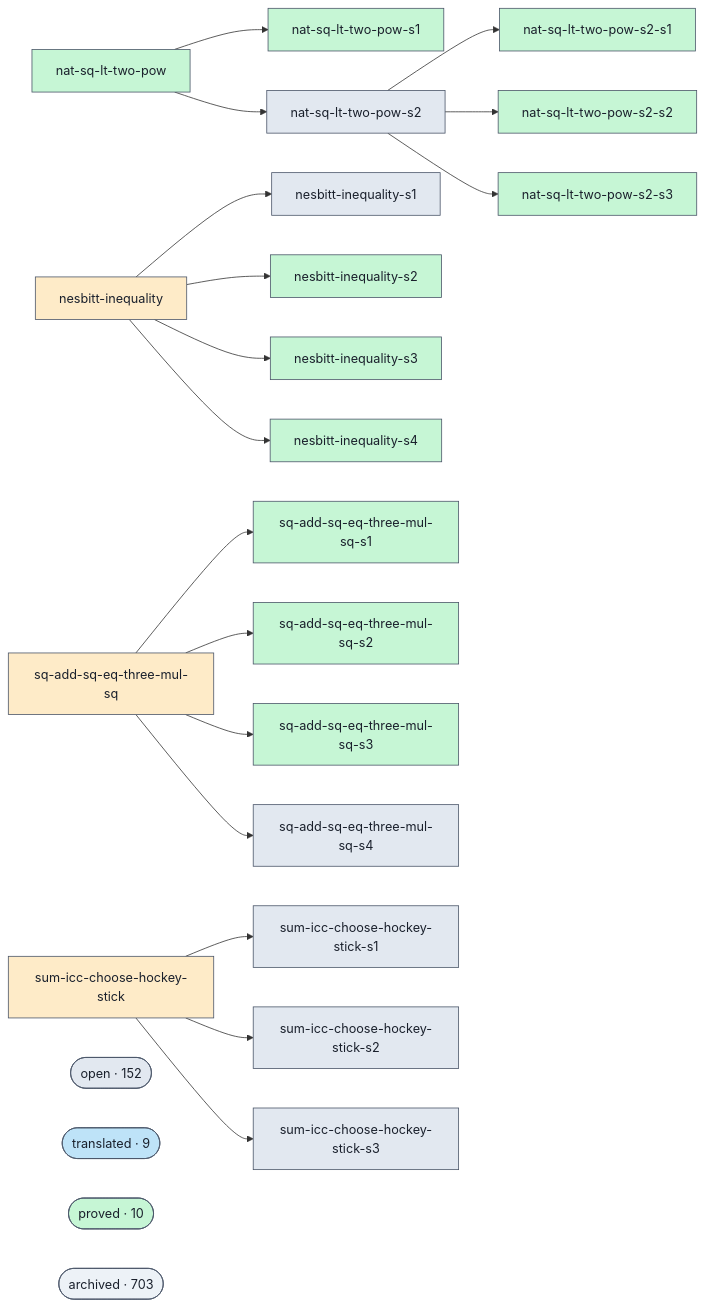
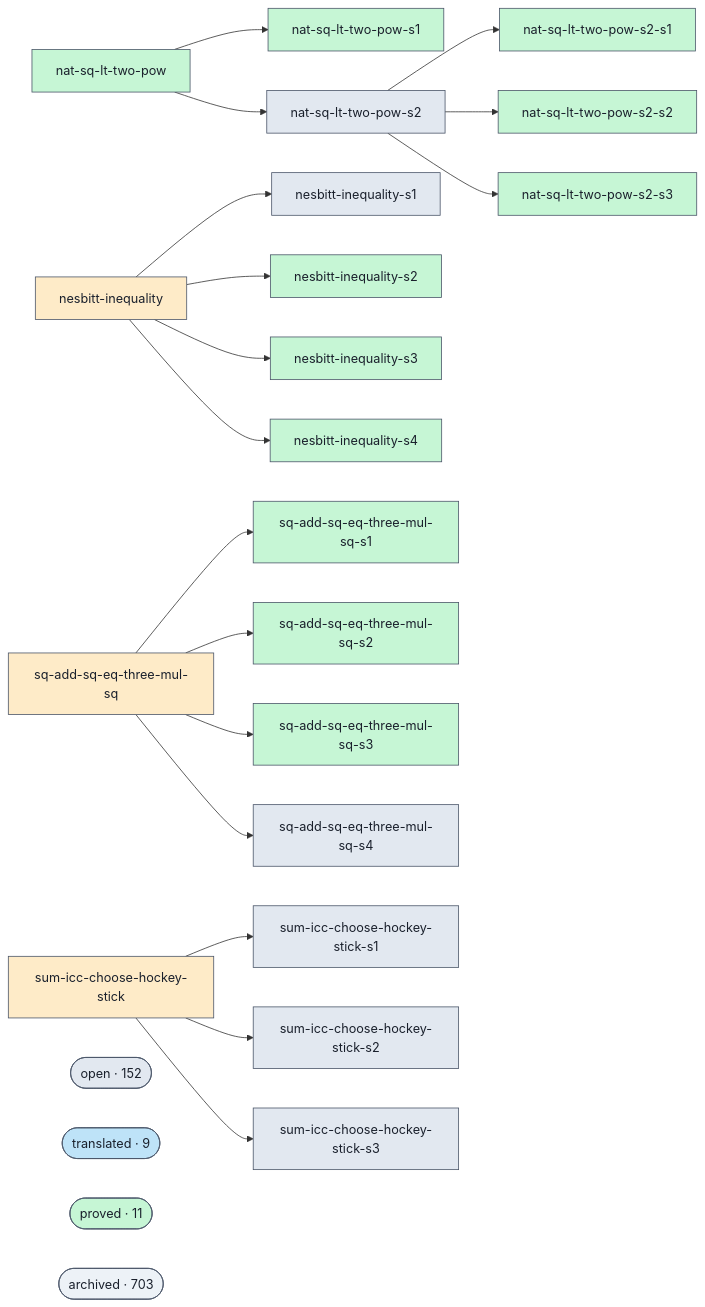
Before and after one commit to ohdearquant/unsorry: the diagram in docs/proofs-contributors-visualisation.md, drawn with Mermaid. The commit also changed other lines of this file and 2 other files, not shown here.

```diff
--- a/docs/proofs-contributors-visualisation.md
+++ b/docs/proofs-contributors-visualisation.md
@@ -102,7 +102,7 @@
   class cluster_open open;
   cluster_translated(["translated · 9"])
   class cluster_translated translated;
-  cluster_proved(["proved · 10"])
+  cluster_proved(["proved · 11"])
   class cluster_proved proved;
   cluster_archived(["archived · 703"])
   class cluster_archived unknown;
```
